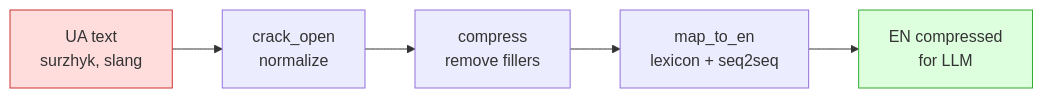
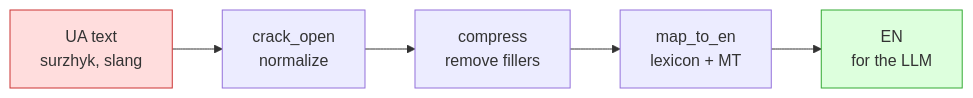
The diagram in README.md (ChuprinaDaria/dormouse), drawn with Mermaid before and after one commit. The commit also changed other lines of this file and 14 other files, not shown here.

````diff
--- a/README.md
+++ b/README.md
@@ -38,10 +227,10 @@
 ```mermaid
 graph LR
     A[UA text<br/>surzhyk, slang] --> B[crack_open<br/>normalize]
     B --> C[compress<br/>remove fillers]
-    C --> D[map_to_en<br/>lexicon + seq2seq]
-    D --> E[EN compressed<br/>for LLM]
+    C --> D[map_to_en<br/>lexicon + MT]
+    D --> E[EN<br/>for the LLM]
 
     style A fill:#fdd,stroke:#c33
     style E fill:#dfd,stroke:#3a3
 ```
````
